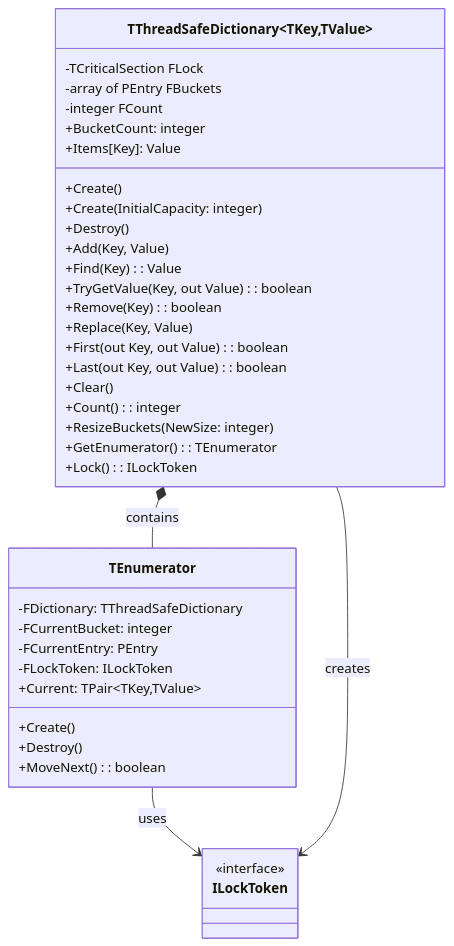
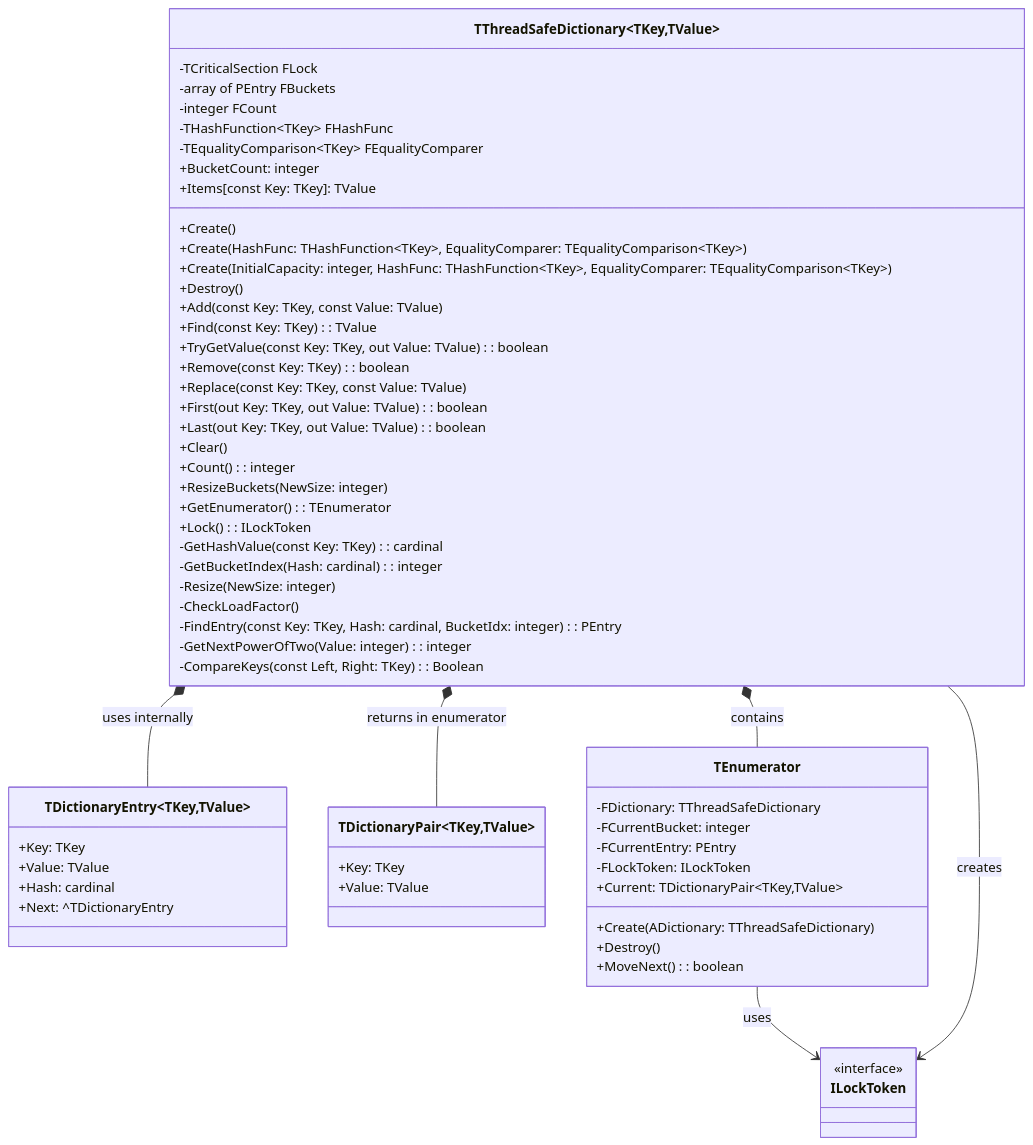
Before and after one commit to ikelaiah/threadsafecollections-fp: the diagram in docs/ThreadSafeCollections.Dictionary.md, drawn with Mermaid. The commit also changed other lines of this file, not shown here.

Commit message:
Update - Added more documentation for ThreadSafeDictionary

````diff
--- a/docs/ThreadSafeCollections.Dictionary.md
+++ b/docs/ThreadSafeCollections.Dictionary.md
@@ -121,44 +126,68 @@
 ```mermaid
 classDiagram
     class TThreadSafeDictionary~TKey,TValue~ {
         -TCriticalSection FLock
         -array of PEntry FBuckets
         -integer FCount
+        -THashFunction~TKey~ FHashFunc
+        -TEqualityComparison~TKey~ FEqualityComparer
         +Create()
-        +Create(InitialCapacity: integer)
+        +Create(HashFunc: THashFunction~TKey~, EqualityComparer: TEqualityComparison~TKey~)
+        +Create(InitialCapacity: integer, HashFunc: THashFunction~TKey~, EqualityComparer: TEqualityComparison~TKey~)
         +Destroy()
-        +Add(Key, Value)
-        +Find(Key): Value
-        +TryGetValue(Key, out Value): boolean
-        +Remove(Key): boolean
-        +Replace(Key, Value)
-        +First(out Key, out Value): boolean
-        +Last(out Key, out Value): boolean
+        +Add(const Key: TKey, const Value: TValue)
+        +Find(const Key: TKey): TValue
+        +TryGetValue(const Key: TKey, out Value: TValue): boolean
+        +Remove(const Key: TKey): boolean
+        +Replace(const Key: TKey, const Value: TValue)
+        +First(out Key: TKey, out Value: TValue): boolean
+        +Last(out Key: TKey, out Value: TValue): boolean
         +Clear()
         +Count(): integer
         +ResizeBuckets(NewSize: integer)
         +BucketCount: integer
-        +Items[Key]: Value
+        +Items[const Key: TKey]: TValue
         +GetEnumerator(): TEnumerator
         +Lock(): ILockToken
+        -GetHashValue(const Key: TKey): cardinal
+        -GetBucketIndex(Hash: cardinal): integer
+        -Resize(NewSize: integer)
+        -CheckLoadFactor()
+        -FindEntry(const Key: TKey, Hash: cardinal, BucketIdx: integer): PEntry
+        -GetNextPowerOfTwo(Value: integer): integer
+        -CompareKeys(const Left, Right: TKey): Boolean
+    }
+    
+    class TDictionaryEntry~TKey,TValue~ {
+        +Key: TKey
+        +Value: TValue
+        +Hash: cardinal
+        +Next: ^TDictionaryEntry
+    }
+
+    class TDictionaryPair~TKey,TValue~ {
+        +Key: TKey
+        +Value: TValue
     }
     
     class TEnumerator {
         -FDictionary: TThreadSafeDictionary
         -FCurrentBucket: integer
         -FCurrentEntry: PEntry
         -FLockToken: ILockToken
-        +Create()
+        +Create(ADictionary: TThreadSafeDictionary)
         +Destroy()
         +MoveNext(): boolean
-        +Current: TPair~TKey,TValue~
+        +Current: TDictionaryPair~TKey,TValue~
     }
 
     class ILockToken {
         <<interface>>
     }
 
     TThreadSafeDictionary *-- TEnumerator : contains
+    TThreadSafeDictionary *-- TDictionaryEntry : uses internally
+    TThreadSafeDictionary *-- TDictionaryPair : returns in enumerator
     TEnumerator --> ILockToken : uses
     TThreadSafeDictionary --> ILockToken : creates
 ```
````
